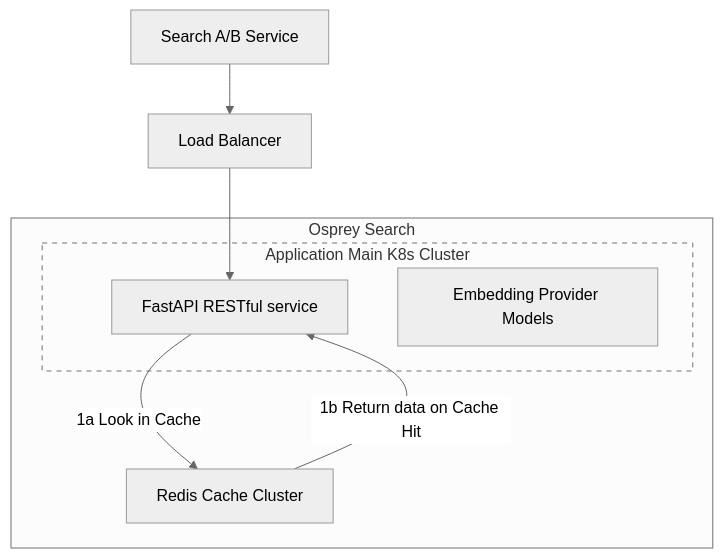
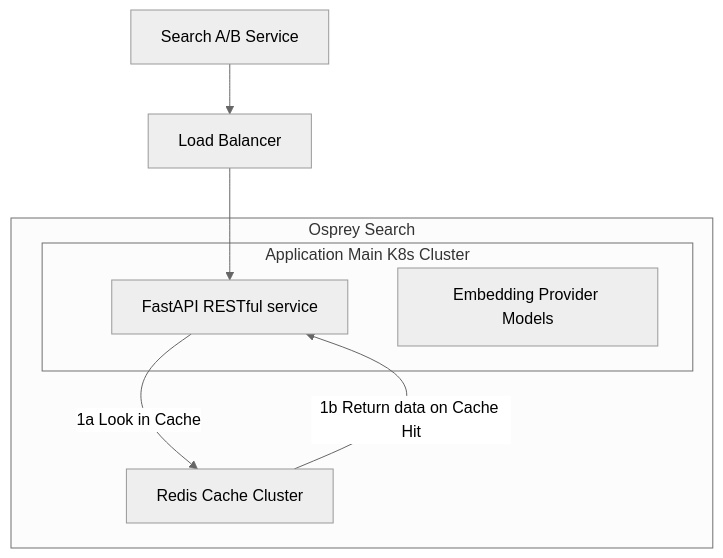
The diagram in osprey_search_ARCHITECTURE.md (caiferris/qtact), drawn with Mermaid (neutral theme) before and after one commit.

Commit message:
Updated osprey doc

````diff
--- a/osprey_search_ARCHITECTURE.md
+++ b/osprey_search_ARCHITECTURE.md
@@ -45,18 +45,18 @@
 ```mermaid
 graph 
   query["Search A/B Service"]
   load_balancer["Load Balancer"]
   api_server["FastAPI RESTful service"]
   embedding_model["Embedding Provider Models"]
   redis["Redis Cache Cluster"]
   query --> load_balancer --> api_server
 subgraph parent_subgraph["Osprey Search"]
   api_server -- 1a Look in Cache --> redis
   redis -- 1b Return data on Cache Hit --> api_server
   subgraph sub_graph_group1["Application Main K8s Cluster"]
-    style sub_graph_group1 stroke-dasharray: 5, 5
+    style sub_graph_group1 stroke: 5, 5
     api_server
     embedding_model
   end
 end
 ```
````
